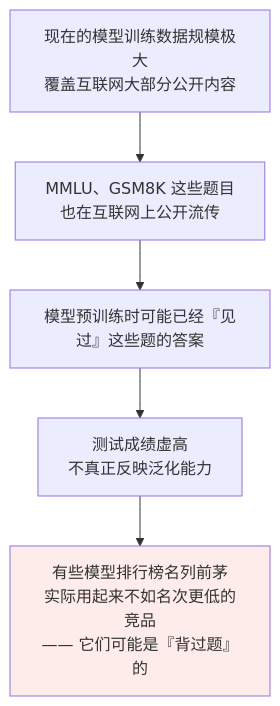
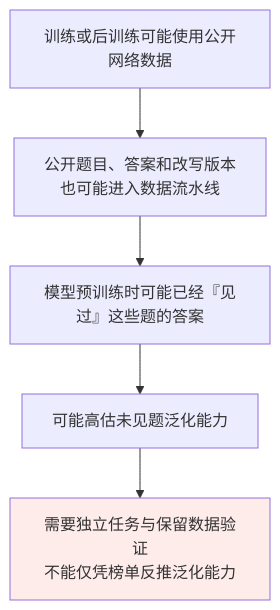
Before and after one commit to oneleaveknowsthefall/awesome-ai-roadmap: the first of 2 diagrams in docs/llm/05-evaluation-selection/21-evaluation-metrics.md, drawn with Mermaid. The commit also changed other lines of this file and 45 other files, not shown here.

````diff
--- a/docs/llm/05-evaluation-selection/21-evaluation-metrics.md
+++ b/docs/llm/05-evaluation-selection/21-evaluation-metrics.md
@@ -42,9 +70,9 @@
 ```mermaid
 flowchart TB
-    A["现在的模型训练数据规模极大<br/>覆盖互联网大部分公开内容"] --> B["MMLU、GSM8K 这些题目<br/>也在互联网上公开流传"]
+    A["训练或后训练可能使用公开网络数据"] --> B["公开题目、答案和改写版本<br/>也可能进入数据流水线"]
     B --> C["模型预训练时可能已经『见过』这些题的答案"]
-    C --> D["测试成绩虚高<br/>不真正反映泛化能力"]
-    D --> E["有些模型排行榜名列前茅<br/>实际用起来不如名次更低的竞品<br/>—— 它们可能是『背过题』的"]
+    C --> D["可能高估未见题泛化能力"]
+    D --> E["需要独立任务与保留数据验证<br/>不能仅凭榜单反推泛化能力"]
 
     style E fill:#fdecea
 ```
````
